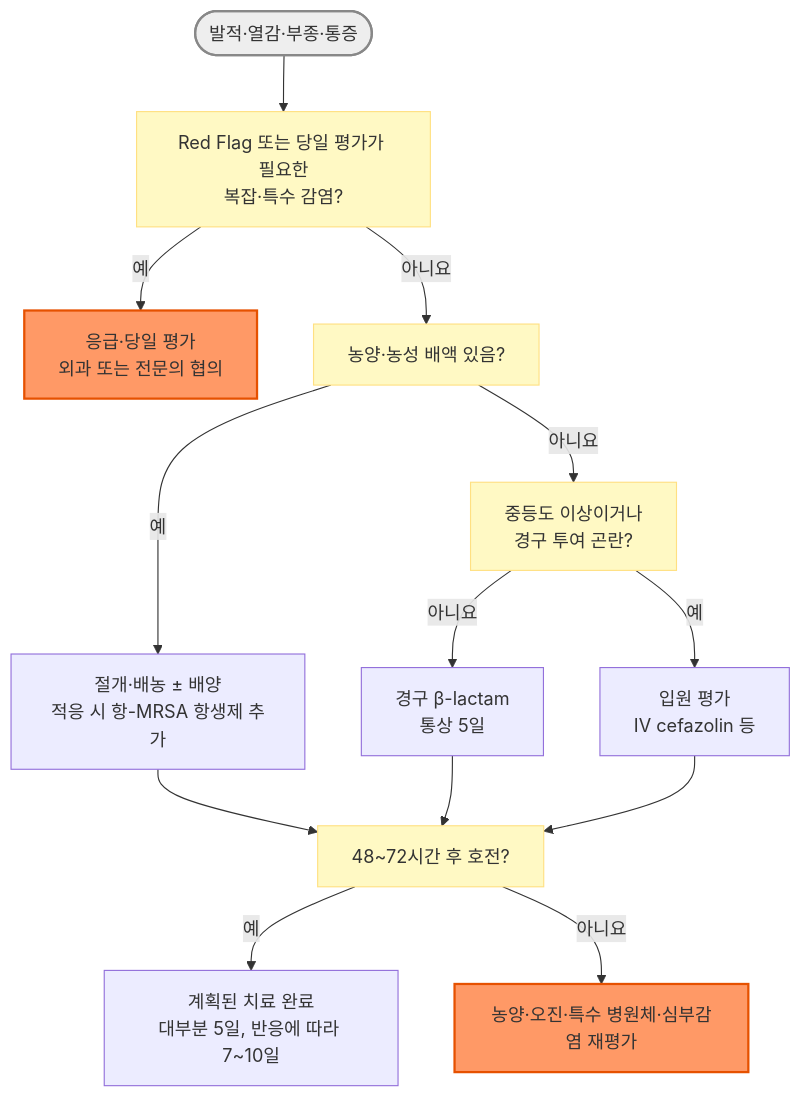
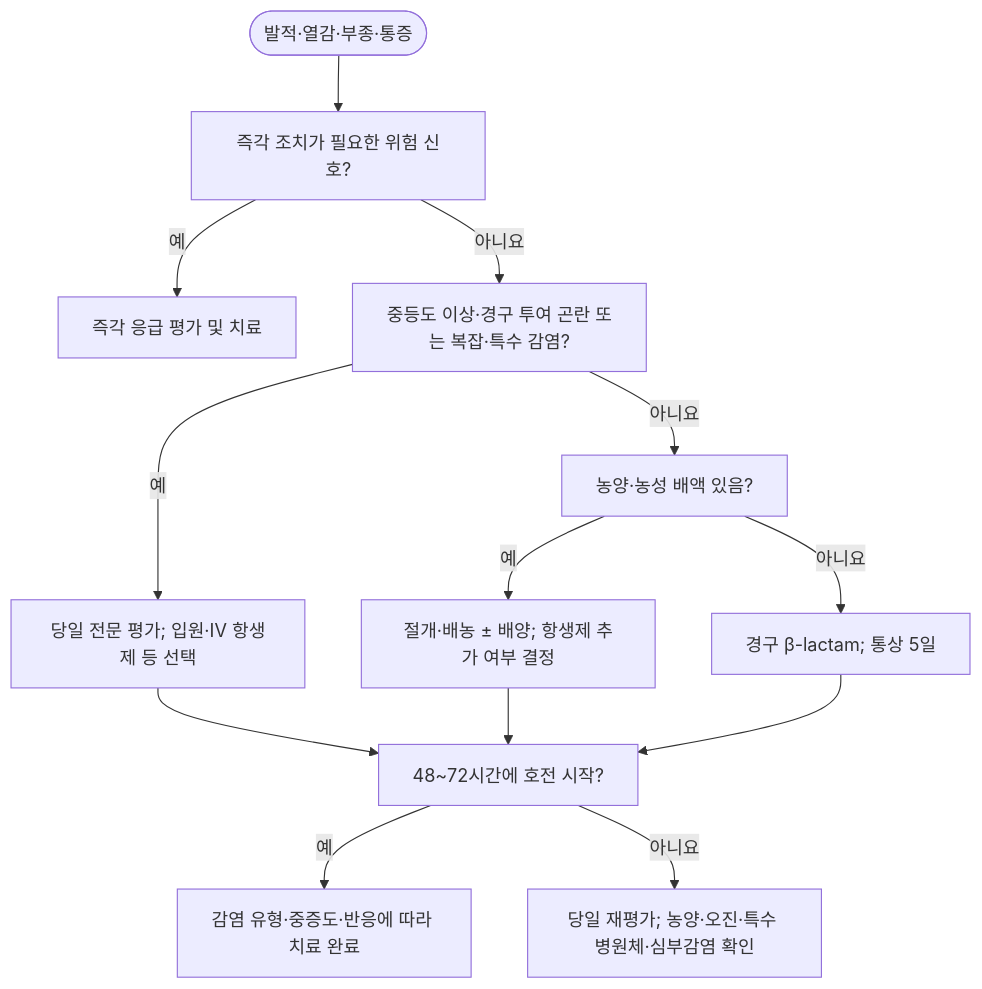
Before and after one commit to familyoh77/familyoh77: the diagram in 229_/169_-soft-tissue-infection-cellulitis.md, drawn with Mermaid. The commit also changed other lines of this file and 2 other files, not shown here.

````diff
--- a/229_/169_-soft-tissue-infection-cellulitis.md
+++ b/229_/169_-soft-tissue-infection-cellulitis.md
@@ -130,22 +133,15 @@
 ```mermaid
 graph TD
-    Start(["발적·열감·부종·통증"]) --> A["Red Flag 또는 당일 평가가 필요한<br>복잡·특수 감염?"]
-    A -->|예| B["응급·당일 평가<br>외과 또는 전문의 협의"]
-    A -->|아니요| C["농양·농성 배액 있음?"]
-    C -->|예| D["절개·배농 ± 배양<br>적응 시 항-MRSA 항생제 추가"]
-    C -->|아니요| E["중등도 이상이거나<br>경구 투여 곤란?"]
-    E -->|아니요| F["경구 β-lactam<br>통상 5일"]
-    E -->|예| G["입원 평가<br>IV cefazolin 등"]
-    D --> H["48~72시간 후 호전?"]
+    Start(["발적·열감·부종·통증"]) --> A["즉각 조치가 필요한 위험 신호?"]
+    A -->|예| B["즉각 응급 평가 및 치료"]
+    A -->|아니요| C["중등도 이상·경구 투여 곤란 또는 복잡·특수 감염?"]
+    C -->|예| D["당일 전문 평가; 입원·IV 항생제 등 선택"]
+    C -->|아니요| E["농양·농성 배액 있음?"]
+    E -->|예| F["절개·배농 ± 배양; 항생제 추가 여부 결정"]
+    E -->|아니요| G["경구 β-lactam; 통상 5일"]
+    D --> H["48~72시간에 호전 시작?"]
     F --> H
     G --> H
-    H -->|예| I["계획된 치료 완료<br>대부분 5일, 반응에 따라 7~10일"]
-    H -->|아니요| J["농양·오진·특수 병원체·심부감염 재평가"]
-    style Start fill:#eeeeee,stroke:#888888,stroke-width:2px
-    style A fill:#fff9c4,stroke:#ffe082
-    style C fill:#fff9c4,stroke:#ffe082
-    style E fill:#fff9c4,stroke:#ffe082
-    style H fill:#fff9c4,stroke:#ffe082
-    style B fill:#f96,stroke:#e65100,stroke-width:2px
-    style J fill:#f96,stroke:#e65100,stroke-width:2px
+    H -->|예| I["감염 유형·중증도·반응에 따라 치료 완료"]
+    H -->|아니요| J["당일 재평가; 농양·오진·특수 병원체·심부감염 확인"]
 ```
````
